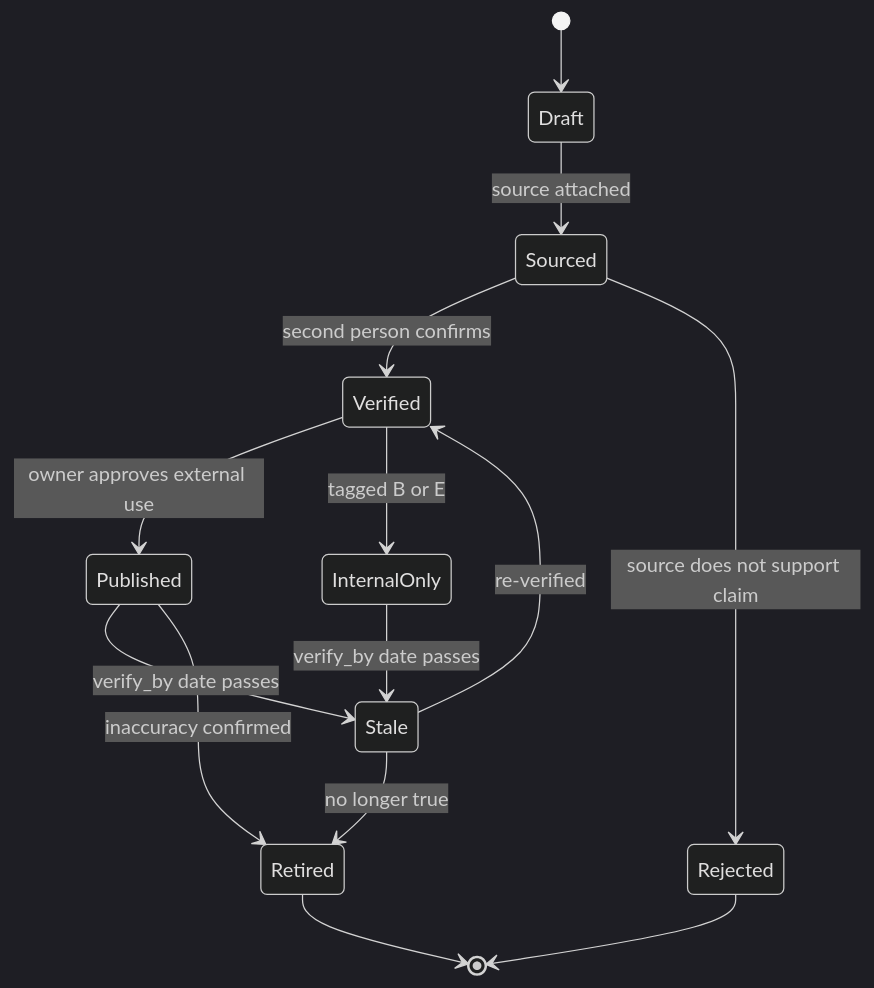
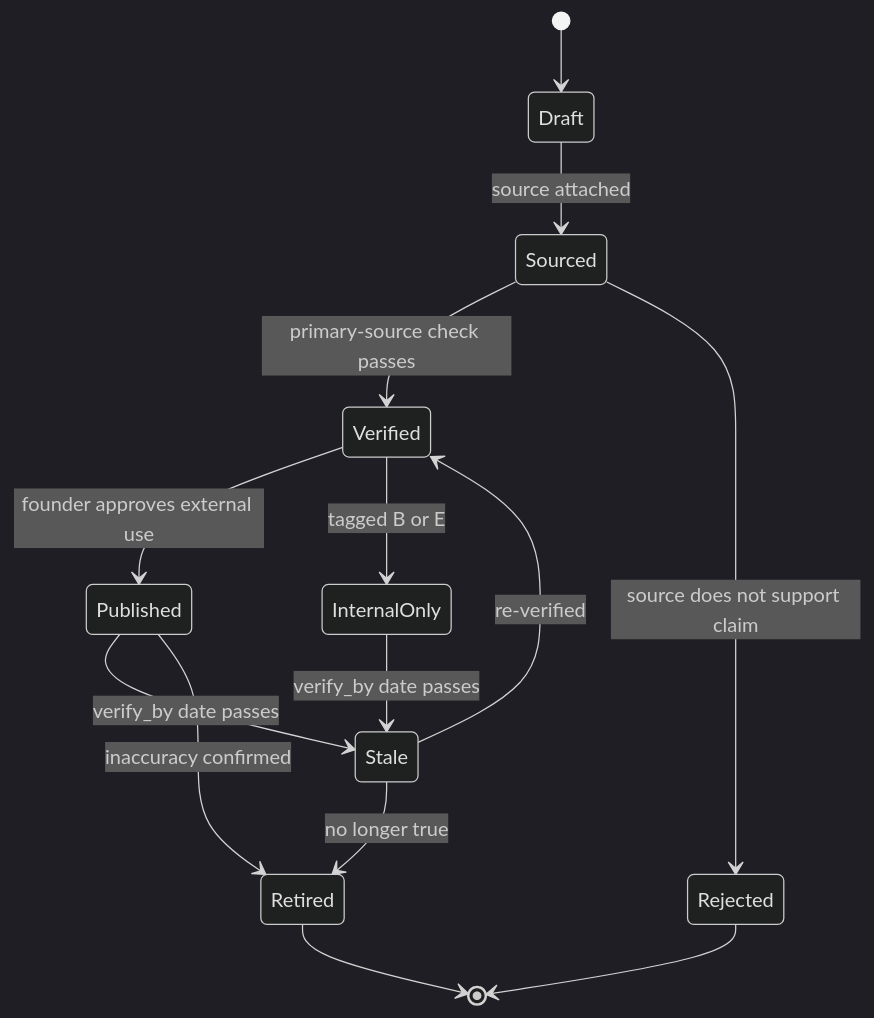
The tenth of 12 diagrams in docs/01-market-landscape.md (jdinard/landscape), drawn with Mermaid (dark theme) before and after one commit. The commit also changed other lines of this file and 42 other files, not shown here.

````diff
--- a/docs/01-market-landscape.md
+++ b/docs/01-market-landscape.md
@@ -1153,16 +1153,16 @@
 ```mermaid
 stateDiagram-v2
   [*] --> Draft
   Draft --> Sourced : source attached
-  Sourced --> Verified : second person confirms
+  Sourced --> Verified : primary-source check passes
   Sourced --> Rejected : source does not support claim
-  Verified --> Published : owner approves external use
+  Verified --> Published : founder approves external use
   Verified --> InternalOnly : tagged B or E
   Published --> Stale : verify_by date passes
   InternalOnly --> Stale : verify_by date passes
   Stale --> Verified : re-verified
   Stale --> Retired : no longer true
   Published --> Retired : inaccuracy confirmed
   Rejected --> [*]
   Retired --> [*]
 ```
````
